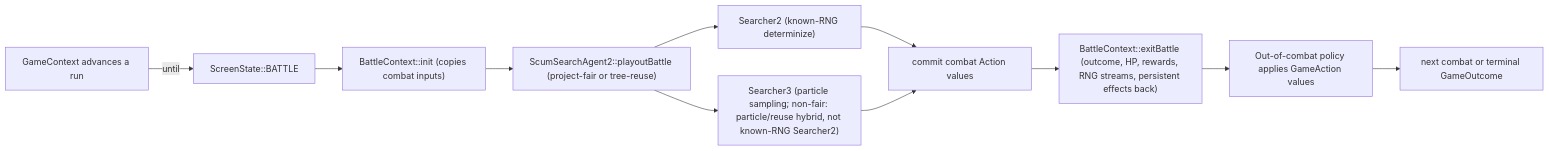
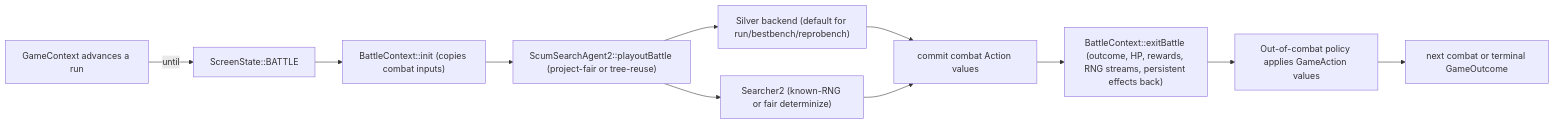
One commit to pherrman1/sts_ai changed the diagram in docs/knowledge-base/architecture/overview.md. Above: the diagram before and after it, drawn with Mermaid. The commit also changed other lines of this file and 63 other files, not shown here.

````diff
--- a/docs/knowledge-base/architecture/overview.md
+++ b/docs/knowledge-base/architecture/overview.md
@@ -67,13 +67,13 @@
 ```mermaid
 flowchart LR
     GC["GameContext advances a run"] -->|until| BATTLE["ScreenState::BATTLE"]
     BATTLE --> INIT["BattleContext::init (copies combat inputs)"]
     INIT --> CHOICE["ScumSearchAgent2::playoutBattle (project-fair or tree-reuse)"]
-    CHOICE --> S2["Searcher2 (known-RNG determinize)"]
-    CHOICE --> S3["Searcher3 (particle sampling; non-fair: particle/reuse hybrid, not known-RNG Searcher2)"]
-    S2 --> COMMIT["commit combat Action values"]
-    S3 --> COMMIT
+    CHOICE --> SILVER["Silver backend (default for run/bestbench/reprobench)"]
+    CHOICE --> S2["Searcher2 (known-RNG or fair determinize)"]
+    SILVER --> COMMIT["commit combat Action values"]
+    S2 --> COMMIT
     COMMIT --> EXIT["BattleContext::exitBattle (outcome, HP, rewards, RNG streams, persistent effects back)"]
     EXIT --> OOC["Out-of-combat policy applies GameAction values"]
     OOC --> NEXT["next combat or terminal GameOutcome"]
 ```
````
